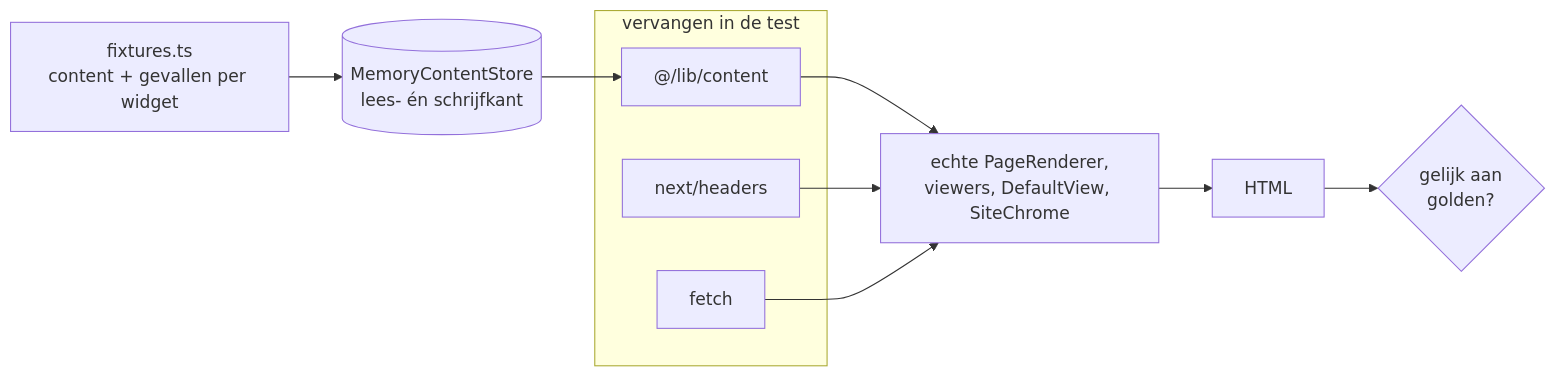
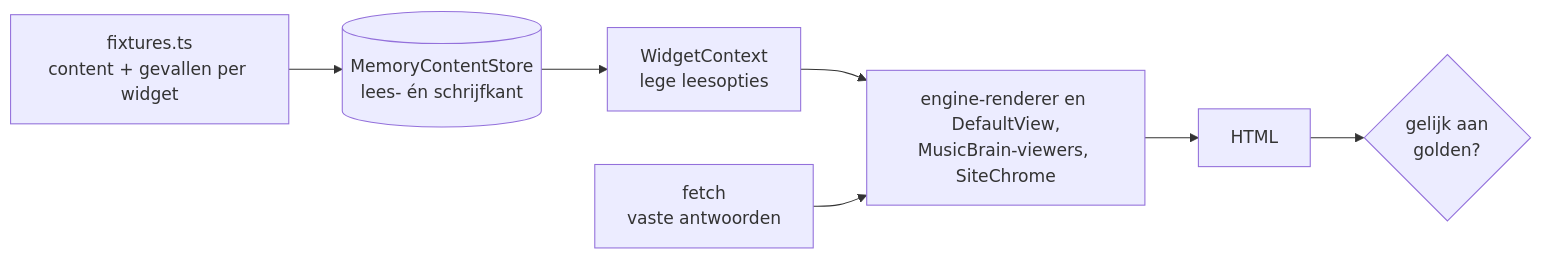
Diagram 11 of 11 in docs/architecture.md (MarkWestbroek/imprint-engine), drawn with Mermaid before and after one commit. The commit also changed other lines of this file and 19 other files, not shown here.

First line of the commit message:
refactor: viewers krijgen een WidgetContext (Fase 2, stap 3)

````diff
--- a/docs/architecture.md
+++ b/docs/architecture.md
@@ -843,14 +853,9 @@
 ```mermaid
 flowchart LR
     FIX["fixtures.ts<br/>content + gevallen per widget"] --> MEM[("MemoryContentStore<br/>lees- én schrijfkant")]
-    subgraph mocks["vervangen in de test"]
-        C["@/lib/content"]
-        H["next/headers"]
-        F["fetch"]
-    end
-    MEM --> C
-    C --> VIEW["echte PageRenderer,<br/>viewers, DefaultView, SiteChrome"]
-    H --> VIEW
+    MEM --> CTX["WidgetContext<br/>lege leesopties"]
+    F["fetch<br/>vaste antwoorden"]
+    CTX --> VIEW["engine-renderer en DefaultView,<br/>MusicBrain-viewers, SiteChrome"]
     F --> VIEW
     VIEW --> HTML["HTML"] --> CMP{"gelijk aan<br/>golden?"}
 ```
````
